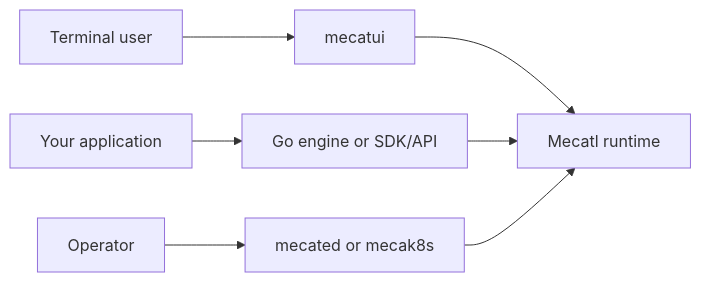
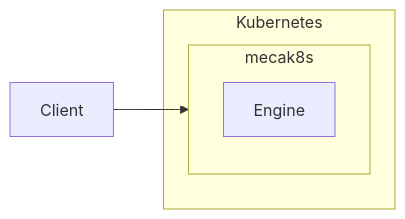
One commit to stacklok/mecatl changed the third of 4 diagrams in user-docs/intro.md. Above: the diagram before and after it, drawn with Mermaid. The commit also changed other lines of this file, not shown here.

````diff
--- a/user-docs/intro.md
+++ b/user-docs/intro.md
@@ -25,9 +60,10 @@
 ```mermaid
 flowchart LR
-  T[Terminal user] --> U[mecatui]
-  A[Your application] --> I[Go engine or SDK/API]
-  O[Operator] --> D[mecated or mecak8s]
-  U --> R[Mecatl runtime]
-  I --> R
-  D --> R
+  client[Client]
+  subgraph cluster[Kubernetes]
+    subgraph server[mecak8s]
+      cluster_engine[Engine]
+    end
+  end
+  client --> server
 ```
````
